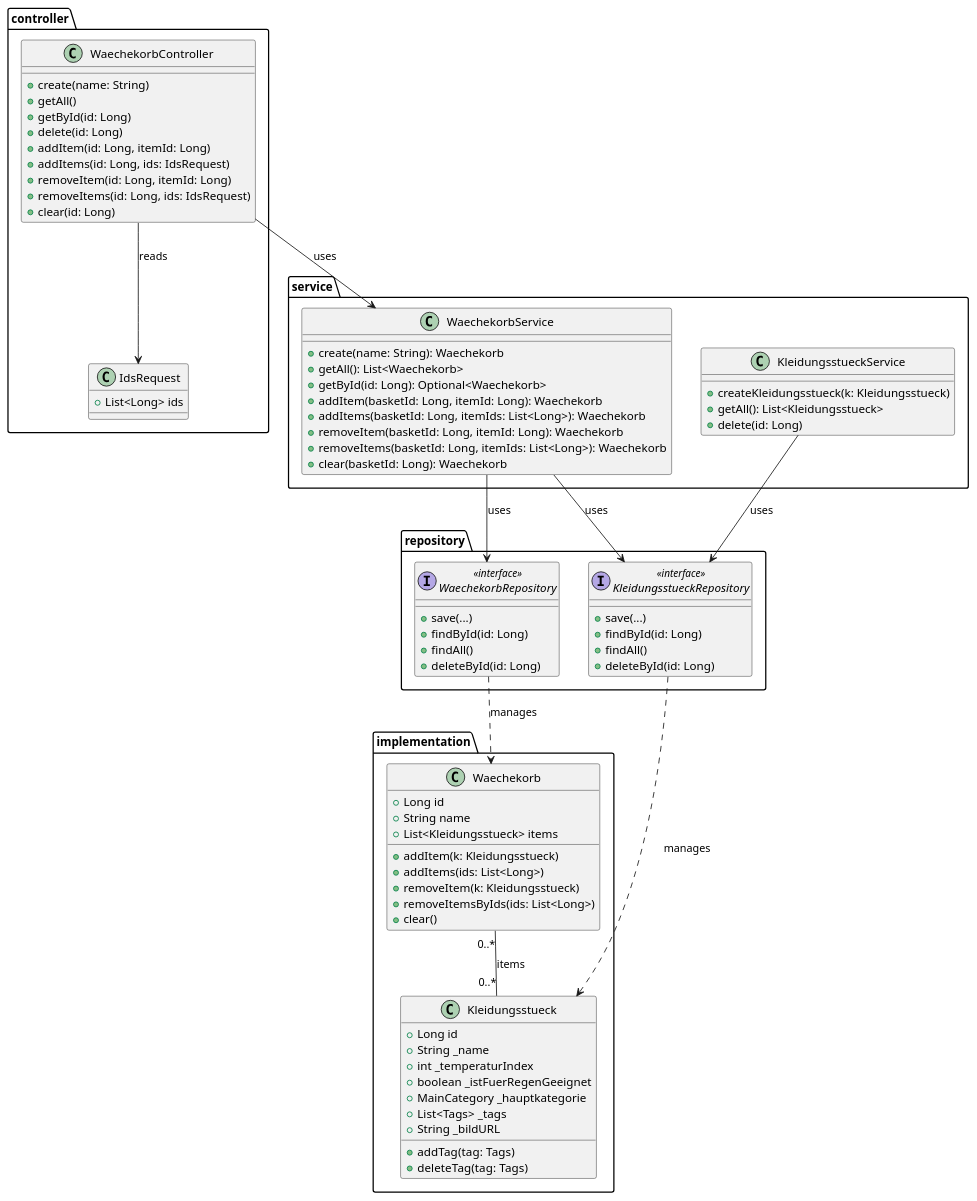
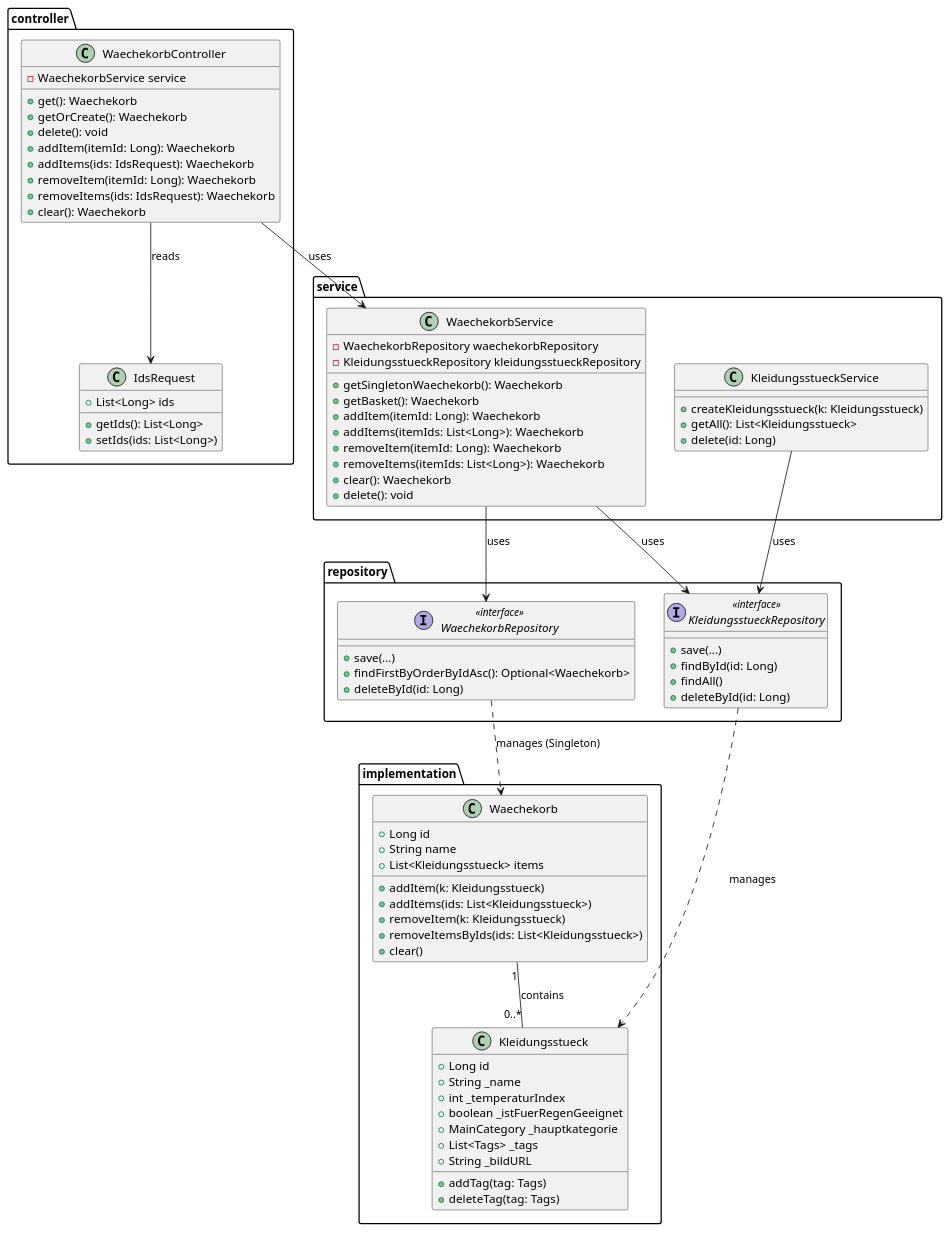
One commit to kennicedarkwa/bora-smart-wardrobe changed the diagram in src/main/Dokumentation/UML/waechekorb.puml. Above: the diagram before and after it, drawn with PlantUML. The commit also changed other lines of this file and 10 other files, not shown here.

```diff
--- a/src/main/Dokumentation/UML/waechekorb.puml
+++ b/src/main/Dokumentation/UML/waechekorb.puml
@@ -1,91 +2,96 @@
 @startuml
 ' Paketstruktur
 package "implementation" {
   class Kleidungsstueck {
     +Long id
     +String _name
     +int _temperaturIndex
     +boolean _istFuerRegenGeeignet
     +MainCategory _hauptkategorie
     +List<Tags> _tags
     +String _bildURL
     +addTag(tag: Tags)
     +deleteTag(tag: Tags)
   }
 
   class Waechekorb {
     +Long id
     +String name
     +List<Kleidungsstueck> items
     +addItem(k: Kleidungsstueck)
-    +addItems(ids: List<Long>)
+    +addItems(ids: List<Kleidungsstueck>)
     +removeItem(k: Kleidungsstueck)
-    +removeItemsByIds(ids: List<Long>)
+    +removeItemsByIds(ids: List<Kleidungsstueck>)
     +clear()
   }
 }
 
 package "repository" {
   interface KleidungsstueckRepository <<interface>> {
     +save(...)
     +findById(id: Long)
     +findAll()
     +deleteById(id: Long)
   }
   interface WaechekorbRepository <<interface>> {
     +save(...)
-    +findById(id: Long)
-    +findAll()
+    +findFirstByOrderByIdAsc(): Optional<Waechekorb>
     +deleteById(id: Long)
   }
 }
 
 package "service" {
   class KleidungsstueckService {
     +createKleidungsstueck(k: Kleidungsstueck)
     +getAll(): List<Kleidungsstueck>
     +delete(id: Long)
   }
   class WaechekorbService {
-    +create(name: String): Waechekorb
-    +getAll(): List<Waechekorb>
-    +getById(id: Long): Optional<Waechekorb>
-    +addItem(basketId: Long, itemId: Long): Waechekorb
-    +addItems(basketId: Long, itemIds: List<Long>): Waechekorb
-    +removeItem(basketId: Long, itemId: Long): Waechekorb
-    +removeItems(basketId: Long, itemIds: List<Long>): Waechekorb
-    +clear(basketId: Long): Waechekorb
+    -WaechekorbRepository waechekorbRepository
+    -KleidungsstueckRepository kleidungsstueckRepository
+    +getSingletonWaechekorb(): Waechekorb
+    +getBasket(): Waechekorb
+    +addItem(itemId: Long): Waechekorb
+    +addItems(itemIds: List<Long>): Waechekorb
+    +removeItem(itemId: Long): Waechekorb
+    +removeItems(itemIds: List<Long>): Waechekorb
+    +clear(): Waechekorb
+    +delete(): void
   }
 }
 
 package "controller" {
   class WaechekorbController {
-    +create(name: String)
-    +getAll()
-    +getById(id: Long)
-    +delete(id: Long)
-    +addItem(id: Long, itemId: Long)
-    +addItems(id: Long, ids: IdsRequest)
-    +removeItem(id: Long, itemId: Long)
-    +removeItems(id: Long, ids: IdsRequest)
-    +clear(id: Long)
+    -WaechekorbService service
+    +get(): Waechekorb
+    +getOrCreate(): Waechekorb
+    +delete(): void
+    +addItem(itemId: Long): Waechekorb
+    +addItems(ids: IdsRequest): Waechekorb
+    +removeItem(itemId: Long): Waechekorb
+    +removeItems(ids: IdsRequest): Waechekorb
+    +clear(): Waechekorb
   }
 
   class IdsRequest {
     +List<Long> ids
+    +getIds(): List<Long>
+    +setIds(ids: List<Long>)
   }
 }
 
 ' Beziehungen / Abhängigkeiten
-Waechekorb "0..*" -- "0..*" Kleidungsstueck : items
+Waechekorb "1" -- "0..*" Kleidungsstueck : contains
 KleidungsstueckRepository ..> Kleidungsstueck : manages
-WaechekorbRepository ..> Waechekorb : manages
+WaechekorbRepository ..> Waechekorb : manages (Singleton)
 
 KleidungsstueckService --> KleidungsstueckRepository : uses
 WaechekorbService --> WaechekorbRepository : uses
 WaechekorbService --> KleidungsstueckRepository : uses
 
 WaechekorbController --> WaechekorbService : uses
 WaechekorbController --> IdsRequest : reads
 
+
+
 @enduml
```
